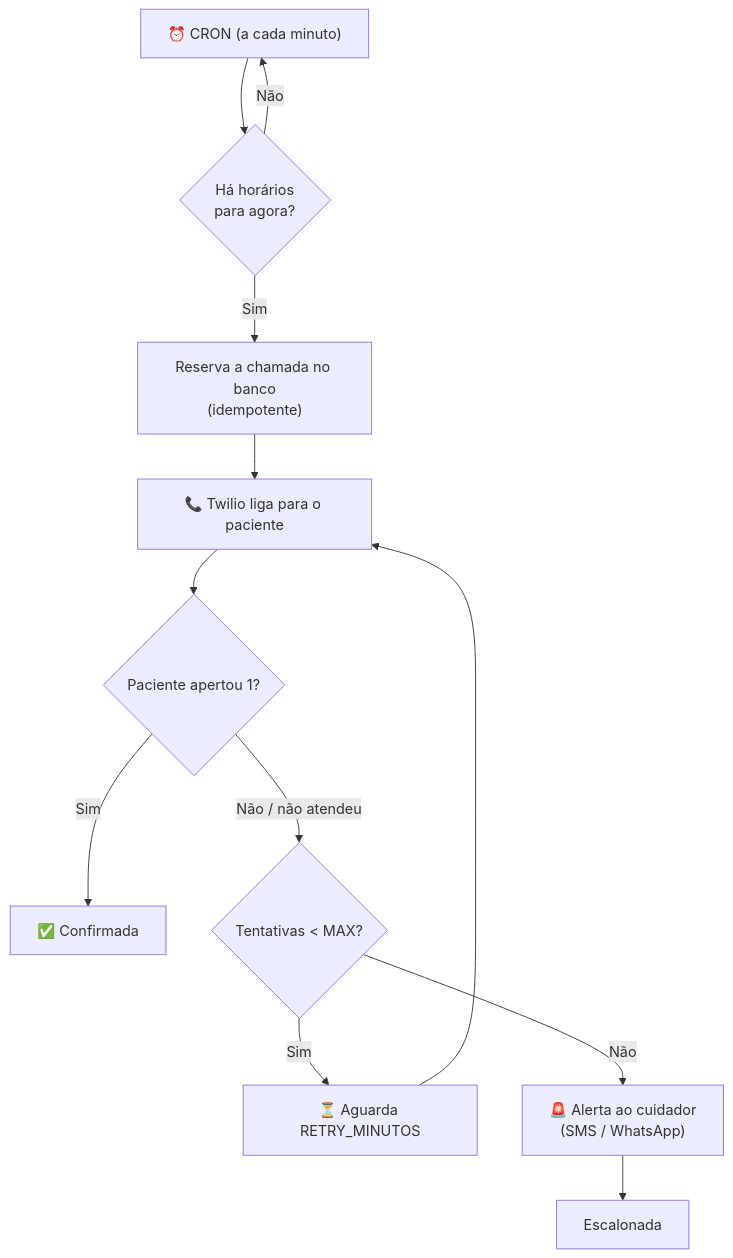
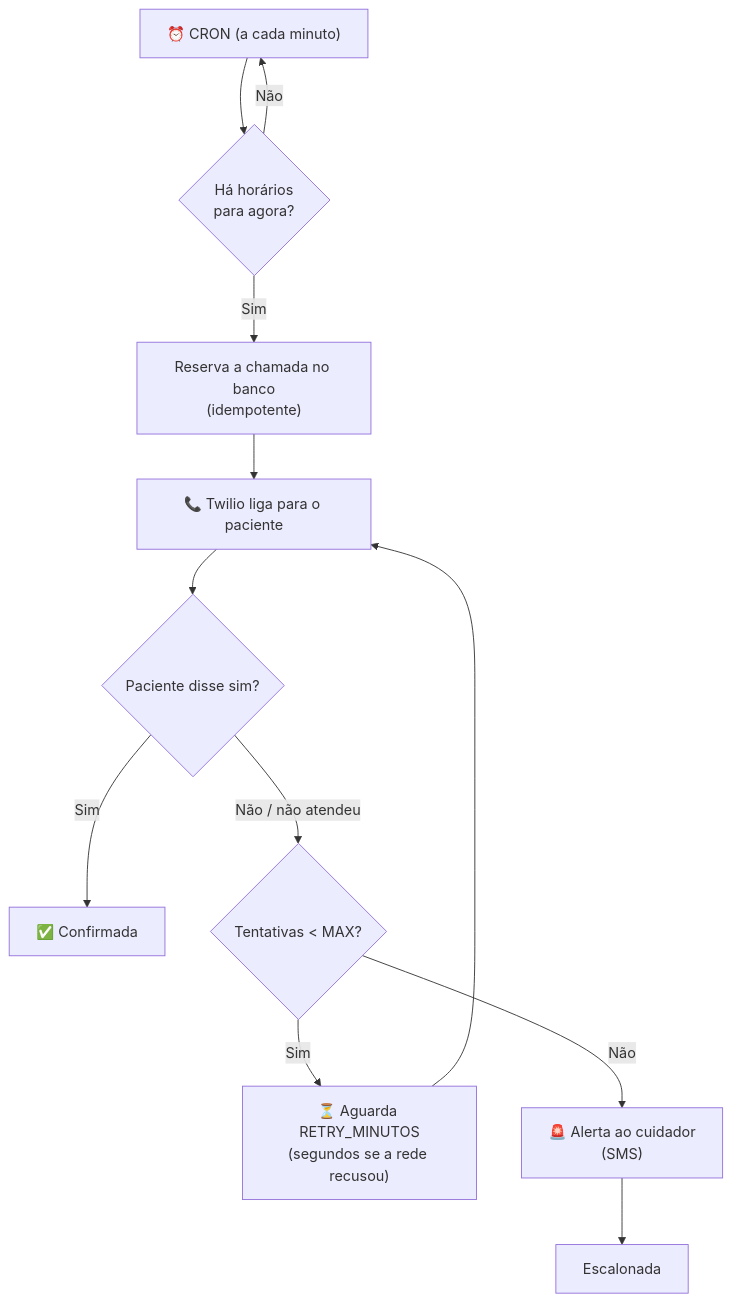
Before and after one commit to cszinn/LembreMed: the diagram in README.md, drawn with Mermaid. The commit also changed other lines of this file and 27 other files, not shown here.

````diff
--- a/README.md
+++ b/README.md
@@ -39,13 +41,13 @@
 ```mermaid
 flowchart TD
     A["⏰ CRON (a cada minuto)"] --> B{"Há horários<br/>para agora?"}
     B -- Não --> A
     B -- Sim --> C["Reserva a chamada no banco<br/>(idempotente)"]
     C --> D["📞 Twilio liga para o paciente"]
-    D --> E{"Paciente apertou 1?"}
+    D --> E{"Paciente disse sim?"}
     E -- Sim --> F["✅ Confirmada"]
     E -- "Não / não atendeu" --> G{"Tentativas < MAX?"}
-    G -- Sim --> H["⏳ Aguarda RETRY_MINUTOS"] --> D
-    G -- Não --> I["🚨 Alerta ao cuidador<br/>(SMS / WhatsApp)"]
+    G -- Sim --> H["⏳ Aguarda RETRY_MINUTOS<br/>(segundos se a rede recusou)"] --> D
+    G -- Não --> I["🚨 Alerta ao cuidador<br/>(SMS)"]
     I --> J["Escalonada"]
 ```
````
